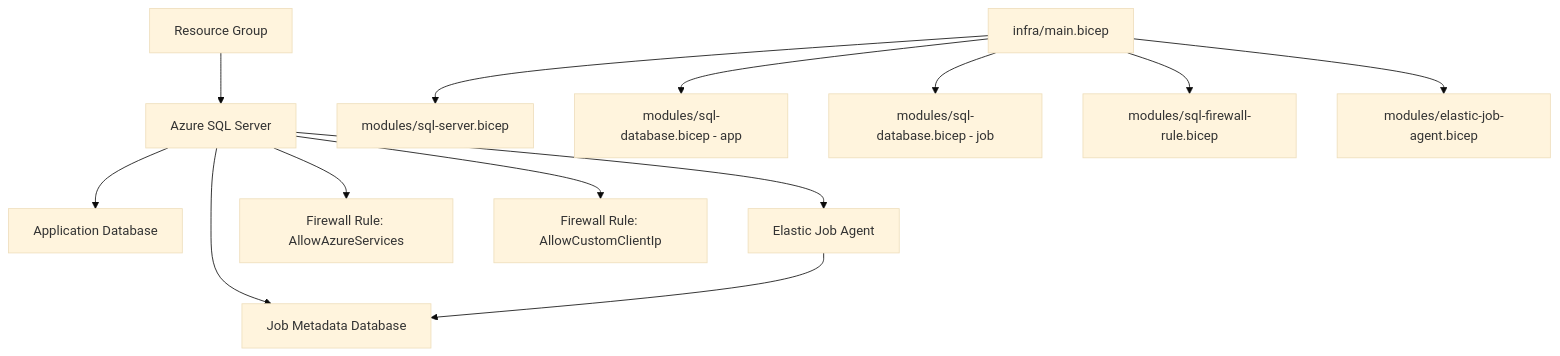
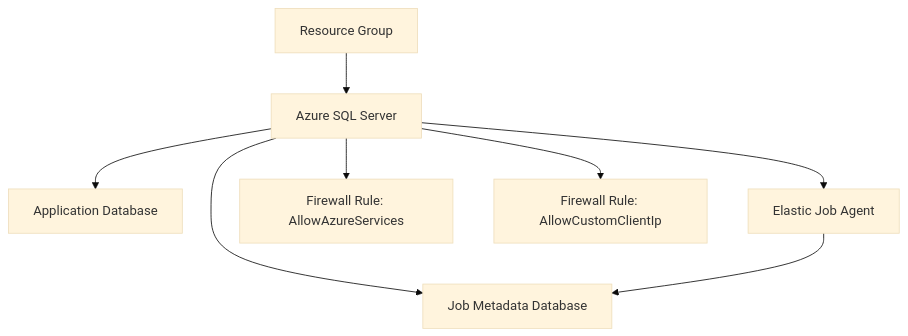
Before and after one commit to mhaywardhill/azure-elastic-jobs-agent: the diagram in README.md, drawn with Mermaid (base theme).

Commit message:
Simplify README architecture diagram to deployed resources

````diff
--- a/README.md
+++ b/README.md
@@ -17,17 +17,11 @@
 ```mermaid
 flowchart TD
     RG[Resource Group] --> SQL[Azure SQL Server]
     SQL --> APPDB[Application Database]
     SQL --> JOBDB[Job Metadata Database]
     SQL --> AGENT[Elastic Job Agent]
     AGENT --> JOBDB
 
     SQL --> FW1[Firewall Rule: AllowAzureServices]
     SQL --> FW2[Firewall Rule: AllowCustomClientIp]
-
-    MAIN[infra/main.bicep] --> M1[modules/sql-server.bicep]
-    MAIN --> M2[modules/sql-database.bicep - app]
-    MAIN --> M3[modules/sql-database.bicep - job]
-    MAIN --> M4[modules/sql-firewall-rule.bicep]
-    MAIN --> M5[modules/elastic-job-agent.bicep]
 ```
````
